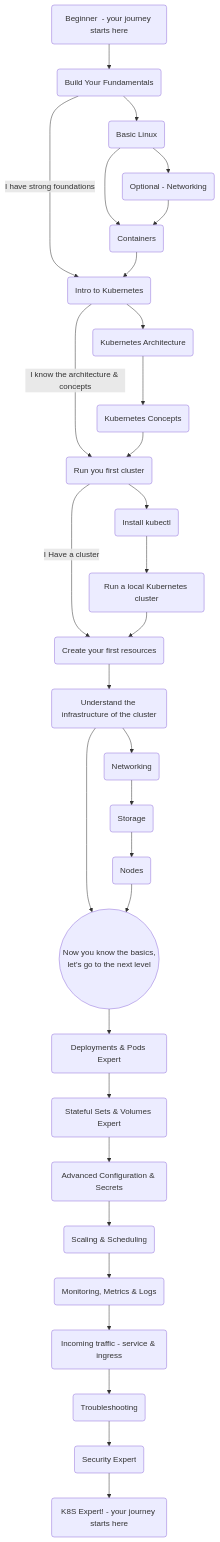
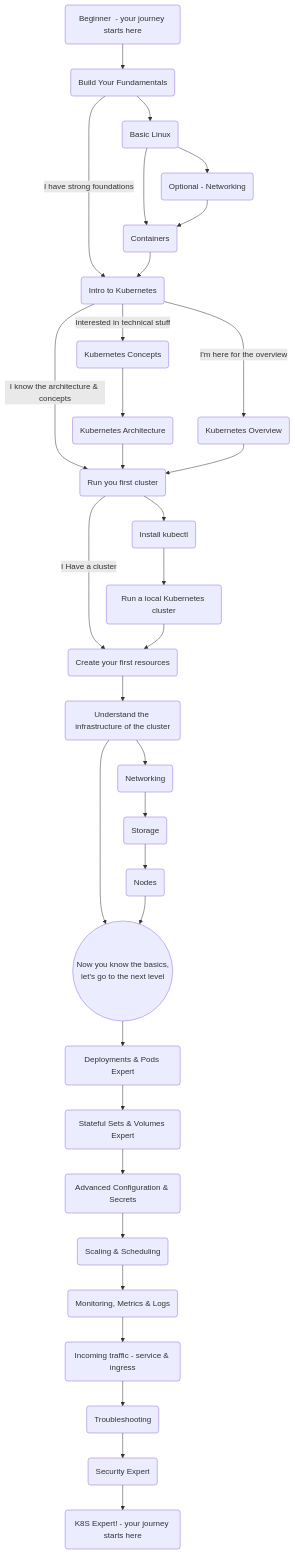
The diagram in README.md (guymenahem/the-kubernetes-journey), drawn with Mermaid before and after one commit. The commit also changed other lines of this file and 6 other files, not shown here.

```diff
--- a/README.md
+++ b/README.md
@@ -15,6 +18,7 @@
         start --> fundamentals
 
         fundamentals(Build Your Fundamentals)
+        click fundamentals "https://github.com/guymenahem/the-kubernetes-journey/tree/main/Intros/build-fundamentals"
         fundamentals --> linux
         fundamentals -- I have strong foundations --> k8s-intro
 
@@ -32,12 +36,19 @@
             containers --> k8s-intro
 
         k8s-intro(Intro to Kubernetes)
-        k8s-intro --> k8s-arch
+        click k8s-intro "https://github.com/guymenahem/the-kubernetes-journey/tree/main/Intros/intro-k8s"
+        k8s-intro -- Interested in technical stuff  --> k8s-concepts
+        k8s-intro -- I'm here for the overview  --> k8s-overview
         k8s-intro -- I know the architecture & concepts --> k8s-first-run
 
-            k8s-arch(Kubernetes Architecture) --> k8s-concepts
+            k8s-concepts(Kubernetes Concepts) --> k8s-arch
+            
+            
+            k8s-arch(Kubernetes Architecture) --> k8s-first-run
+            
 
-            k8s-concepts(Kubernetes Concepts) --> k8s-first-run
+            k8s-overview(Kubernetes Overview)
+            k8s-overview --> k8s-first-run
 
         k8s-first-run(Run you first cluster)
         k8s-first-run -- I Have a cluster --> k8s-first-resources
```
